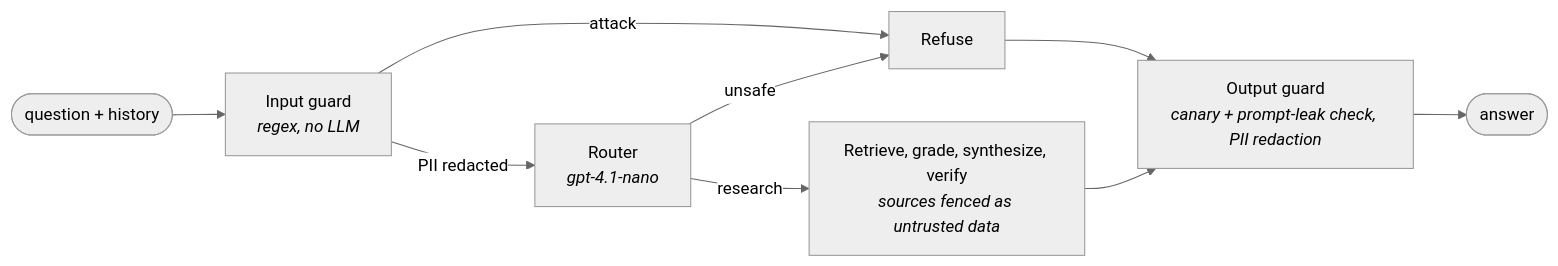
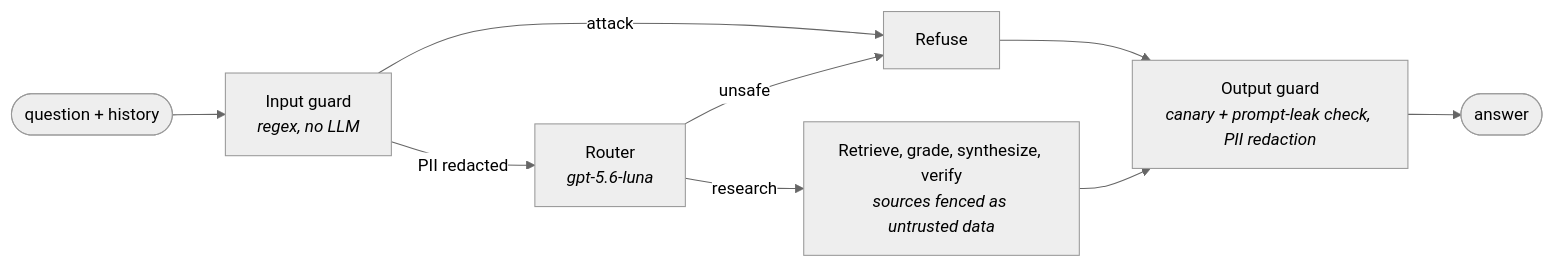
The diagram in docs/guardrails.md (phani1362/ai-document-assistant), drawn with Mermaid (neutral theme) before and after one commit. The commit also changed 3 other files, not shown here.

Commit message:
Migrate deprecated fast model to GPT-5.6 Luna

````diff
--- a/docs/guardrails.md
+++ b/docs/guardrails.md
@@ -7,11 +7,11 @@
 ```mermaid
 flowchart LR
     Q([question + history]) --> I[Input guard<br/><i>regex, no LLM</i>]
     I -->|attack| B[Refuse]
-    I -->|PII redacted| R[Router<br/><i>gpt-4.1-nano</i>]
+    I -->|PII redacted| R[Router<br/><i>gpt-5.6-luna</i>]
     R -->|unsafe| B
     R -->|research| P[Retrieve, grade, synthesize, verify<br/><i>sources fenced as untrusted data</i>]
     P --> O[Output guard<br/><i>canary + prompt-leak check, PII redaction</i>]
     B --> O
     O --> A([answer])
 ```
````
